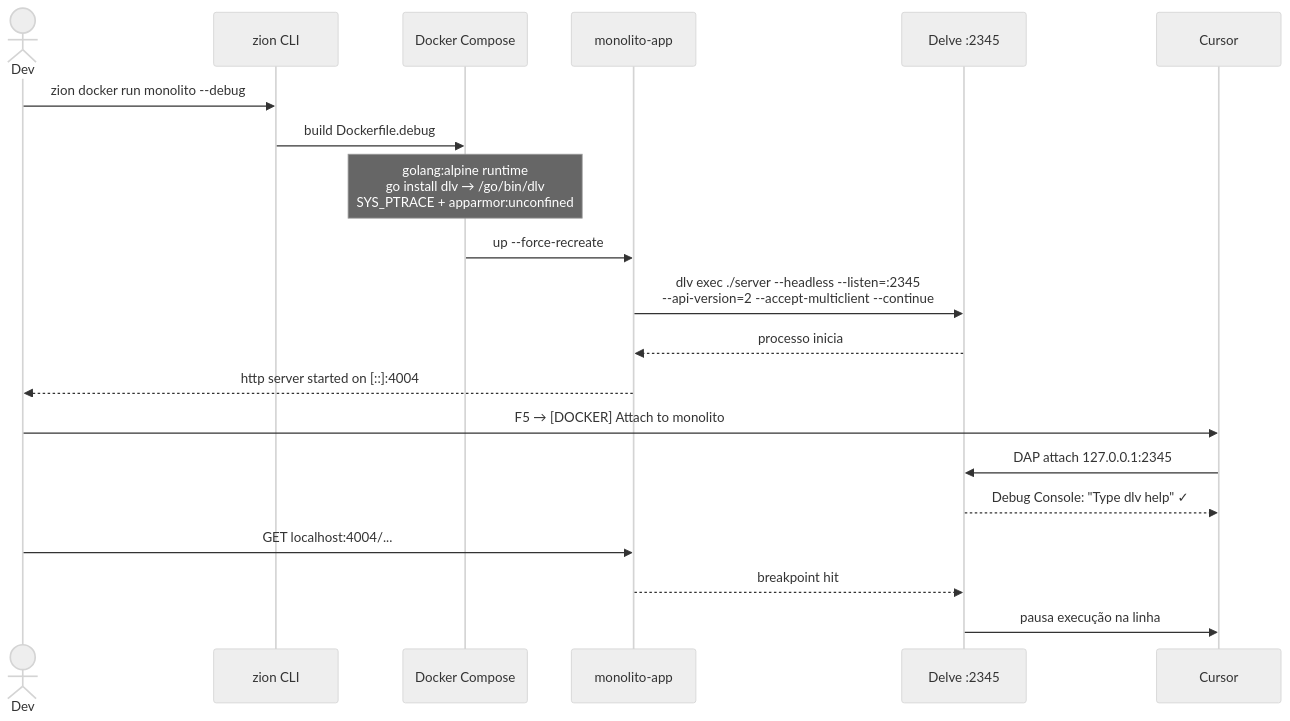
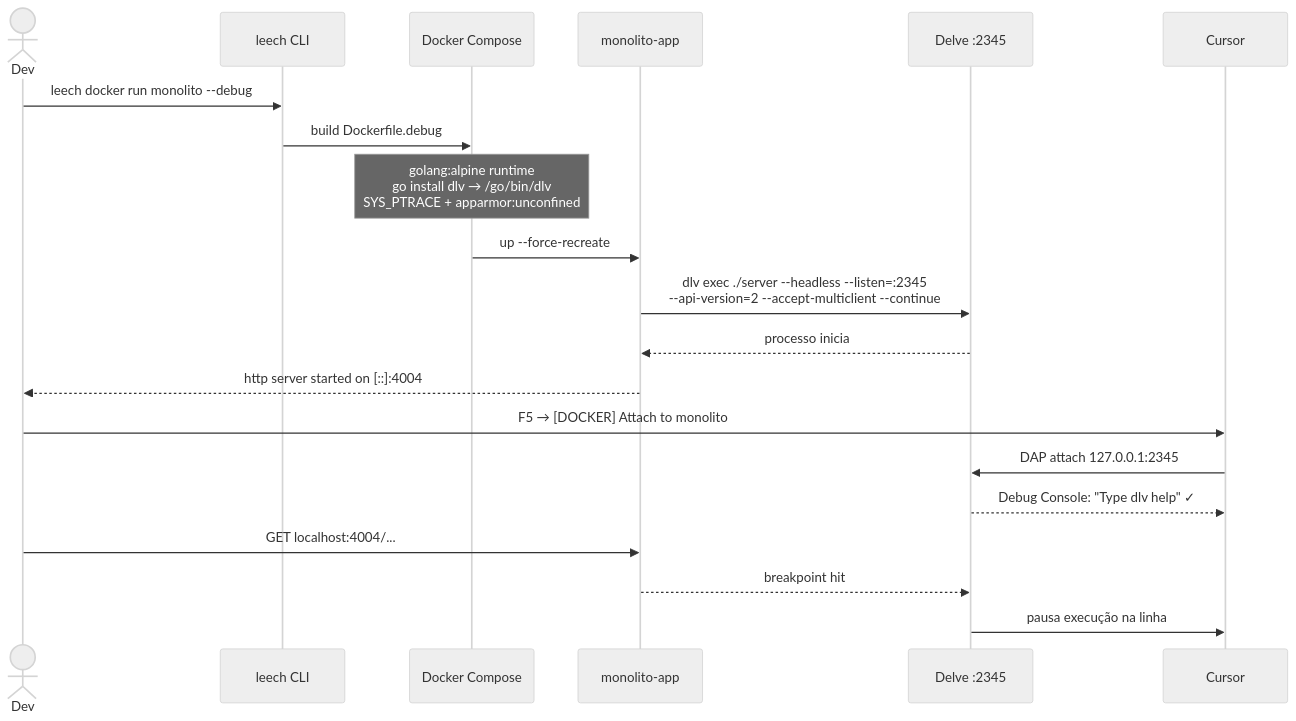
One commit to autibequi/nixos changed the second of 2 diagrams in leech/docker/monolito/README.md. Above: the diagram before and after it, drawn with Mermaid (neutral theme). The commit also changed other lines of this file and 261 other files, not shown here.

Commit message:
refactor: rename Zion to Leech throughout the project, updating documentation, configuration files, and CLI commands to reflect the new naming convention; enhance usability and clarity for users transitioning to the Leech system

````diff
--- a/leech/docker/monolito/README.md
+++ b/leech/docker/monolito/README.md
@@ -65,25 +65,25 @@
 ```mermaid
 sequenceDiagram
     actor Dev
-    participant CLI as zion CLI
+    participant CLI as leech CLI
     participant Compose as Docker Compose
     participant App as monolito-app
     participant DLV as Delve :2345
     participant Cursor
 
-    Dev->>CLI: zion docker run monolito --debug
+    Dev->>CLI: leech docker run monolito --debug
     CLI->>Compose: build Dockerfile.debug
     Note over Compose: golang:alpine runtime<br/>go install dlv → /go/bin/dlv<br/>SYS_PTRACE + apparmor:unconfined
     Compose->>App: up --force-recreate
     App->>DLV: dlv exec ./server --headless --listen=:2345<br/>--api-version=2 --accept-multiclient --continue
     DLV-->>App: processo inicia
     App-->>Dev: http server started on [::]:4004
 
     Dev->>Cursor: F5 → [DOCKER] Attach to monolito
     Cursor->>DLV: DAP attach 127.0.0.1:2345
     DLV-->>Cursor: Debug Console: "Type dlv help" ✓
 
     Dev->>App: GET localhost:4004/...
     App-->>DLV: breakpoint hit
     DLV->>Cursor: pausa execução na linha
 ```
````
